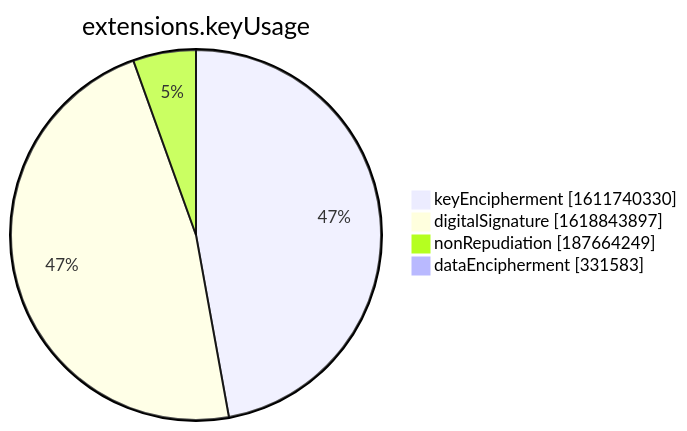
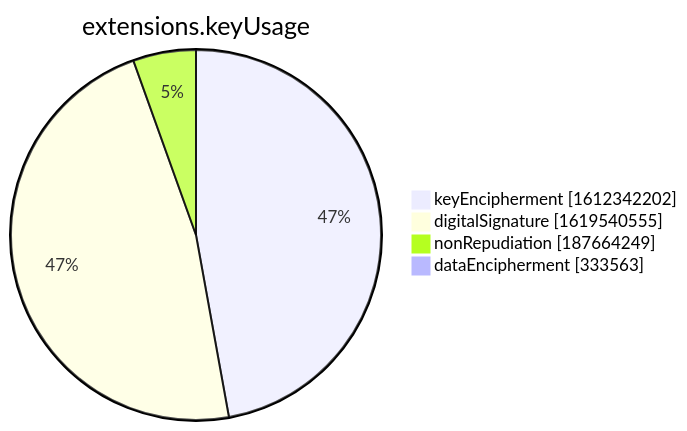
The seventh of 15 diagrams in xenon2022/README.md (christiankrug/ctmonitor_visualization), drawn with Mermaid before and after one commit. The commit also changed other lines of this file, not shown here.

````diff
--- a/xenon2022/README.md
+++ b/xenon2022/README.md
@@ -2855,8 +2855,8 @@
 ```mermaid
 pie showData
 title extensions.keyUsage
-"keyEncipherment" :1611740330
-"digitalSignature" :1618843897
+"keyEncipherment" :1612342202
+"digitalSignature" :1619540555
 "nonRepudiation" :187664249
-"dataEncipherment" :331583
+"dataEncipherment" :333563
 ```
````
